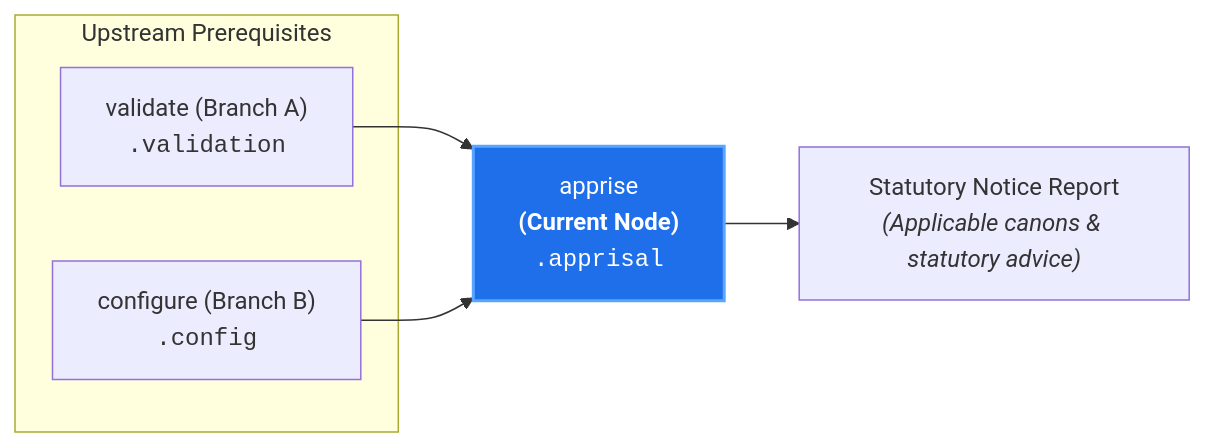
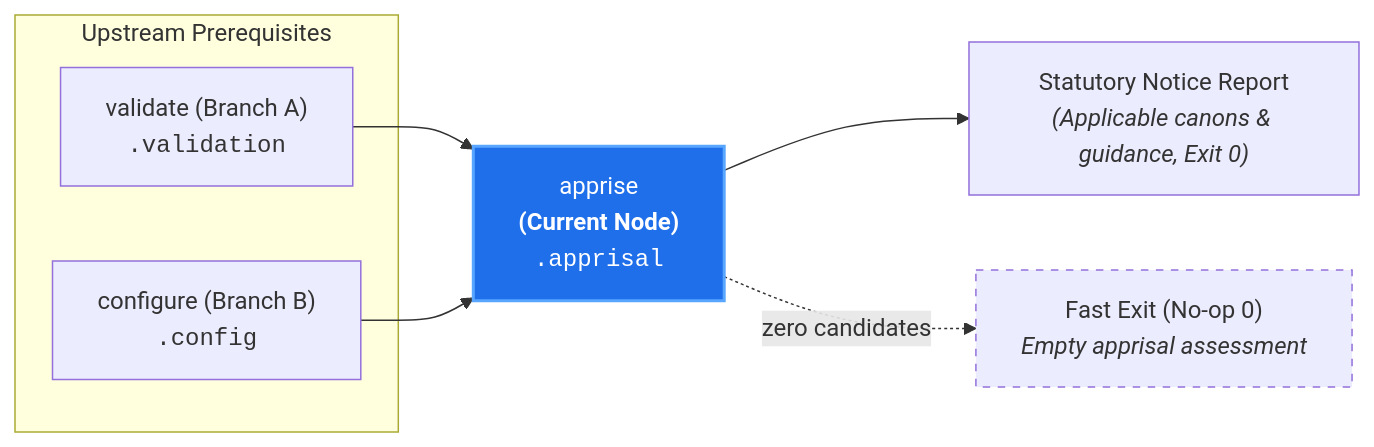
The diagram in docs/architecture/nodes/apprise.md (PAIR-code/canon-clerk), drawn with Mermaid before and after one commit. The commit also changed 8 other files, not shown here.

Commit message:
docs(architecture): standardize localized node diagrams with standalone and exit paths

````diff
--- a/docs/architecture/nodes/apprise.md
+++ b/docs/architecture/nodes/apprise.md
@@ -24,13 +24,16 @@
 ```mermaid
 flowchart LR
     subgraph Upstream["Upstream Prerequisites"]
         Validate["validate (Branch A)<br/><code>.validation</code>"]
         Config["configure (Branch B)<br/><code>.config</code>"]
     end
 
     Validate --> Apprise["apprise<br/><b>(Current Node)</b><br/><code>.apprisal</code>"]
     Config --> Apprise
-    Apprise --> Notice["Statutory Notice Report<br/><i>(Applicable canons & statutory advice)</i>"]
+
+    Apprise --> Notice["Statutory Notice Report<br/><i>(Applicable canons & guidance, Exit 0)</i>"]
+    Apprise -. "zero candidates" .-> EmptyNotice["Fast Exit (No-op 0)<br/><i>Empty apprisal assessment</i>"]
 
     style Apprise fill:#1f6feb,stroke:#58a6ff,stroke-width:2px,color:#fff
+    style EmptyNotice stroke-dasharray: 5 5
 ```
````
